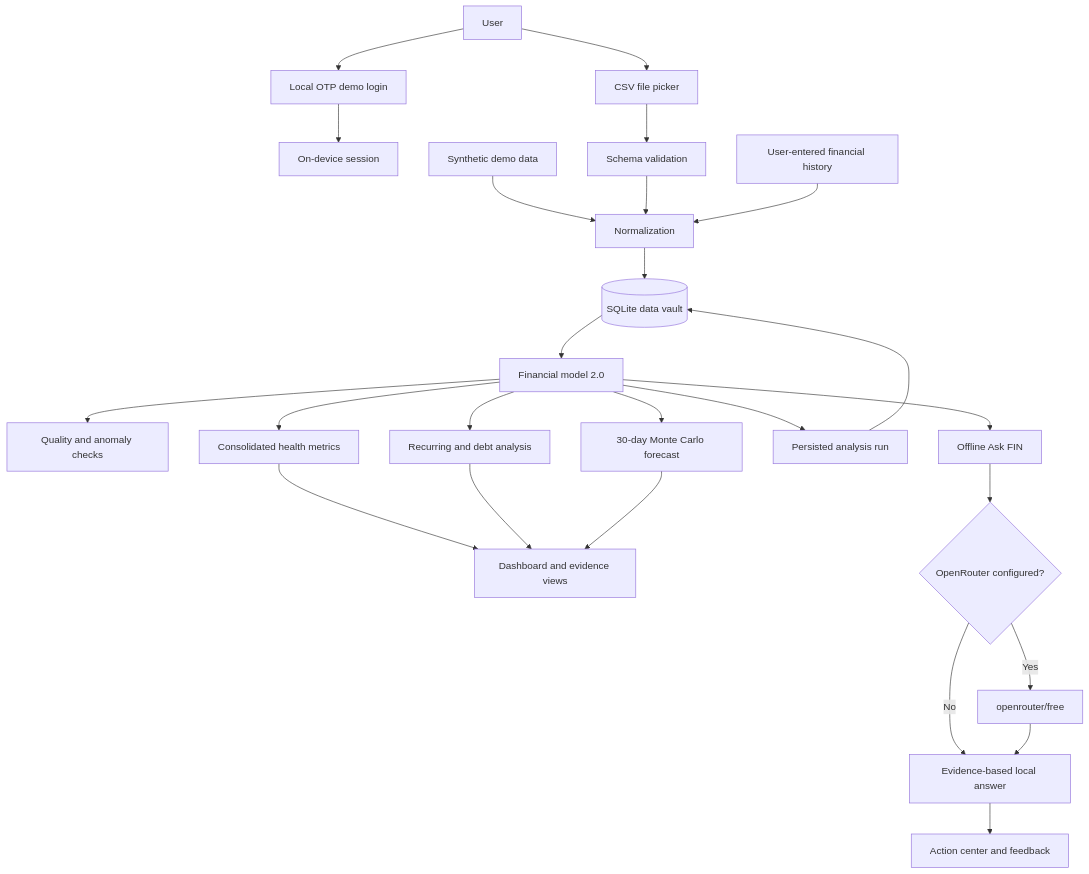
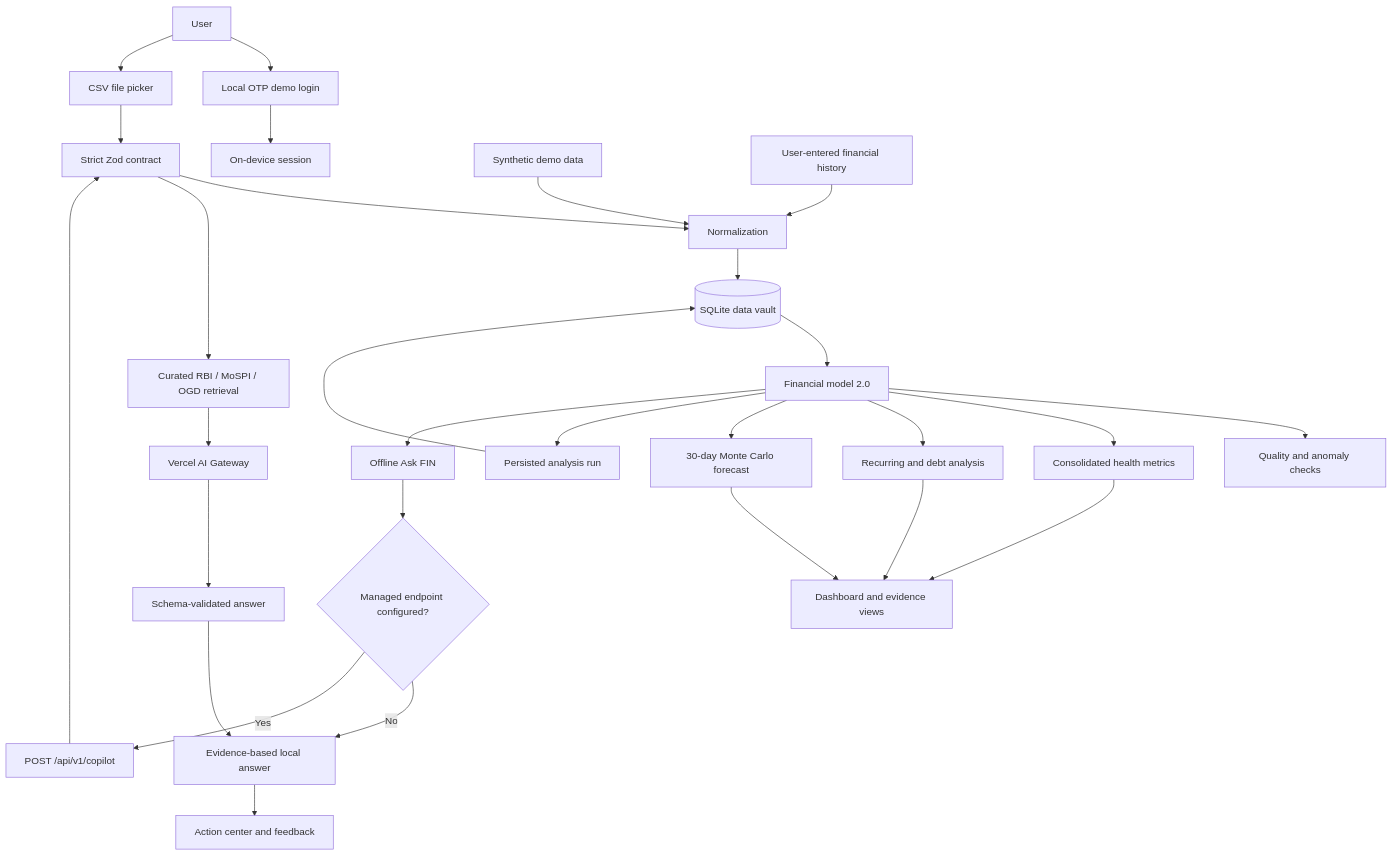
Before and after one commit to AnantHejib/HACKMATRIX-5.0: the diagram in docs/ARCHITECTURE.md, drawn with Mermaid. The commit also changed other lines of this file and 31 other files, not shown here.

Commit message:
feat: add managed explainable financial copilot API

````diff
--- a/docs/ARCHITECTURE.md
+++ b/docs/ARCHITECTURE.md
@@ -7,27 +7,31 @@
 ```mermaid
 flowchart TD
     U[User] --> L[Local OTP demo login]
     L --> S[On-device session]
     U --> P[CSV file picker]
     P --> V[Schema validation]
     X[Synthetic demo data] --> N[Normalization]
     V --> N
     H[User-entered financial history] --> N
     N --> DB[(SQLite data vault)]
     DB --> M[Financial model 2.0]
     M --> Q[Quality and anomaly checks]
     M --> C[Consolidated health metrics]
     M --> R[Recurring and debt analysis]
     M --> F[30-day Monte Carlo forecast]
     C --> UI[Dashboard and evidence views]
     R --> UI
     F --> UI
     M --> AR[Persisted analysis run]
     AR --> DB
     M --> A[Offline Ask FIN]
-    A --> O{OpenRouter configured?}
+    A --> O{Managed endpoint configured?}
     O -- No --> Z[Evidence-based local answer]
-    O -- Yes --> API[openrouter/free]
-    API --> Z
+    O -- Yes --> API[POST /api/v1/copilot]
+    API --> V[Strict Zod contract]
+    V --> K[Curated RBI / MoSPI / OGD retrieval]
+    K --> G[Vercel AI Gateway]
+    G --> SO[Schema-validated answer]
+    SO --> Z
     Z --> AC[Action center and feedback]
 ```
````
